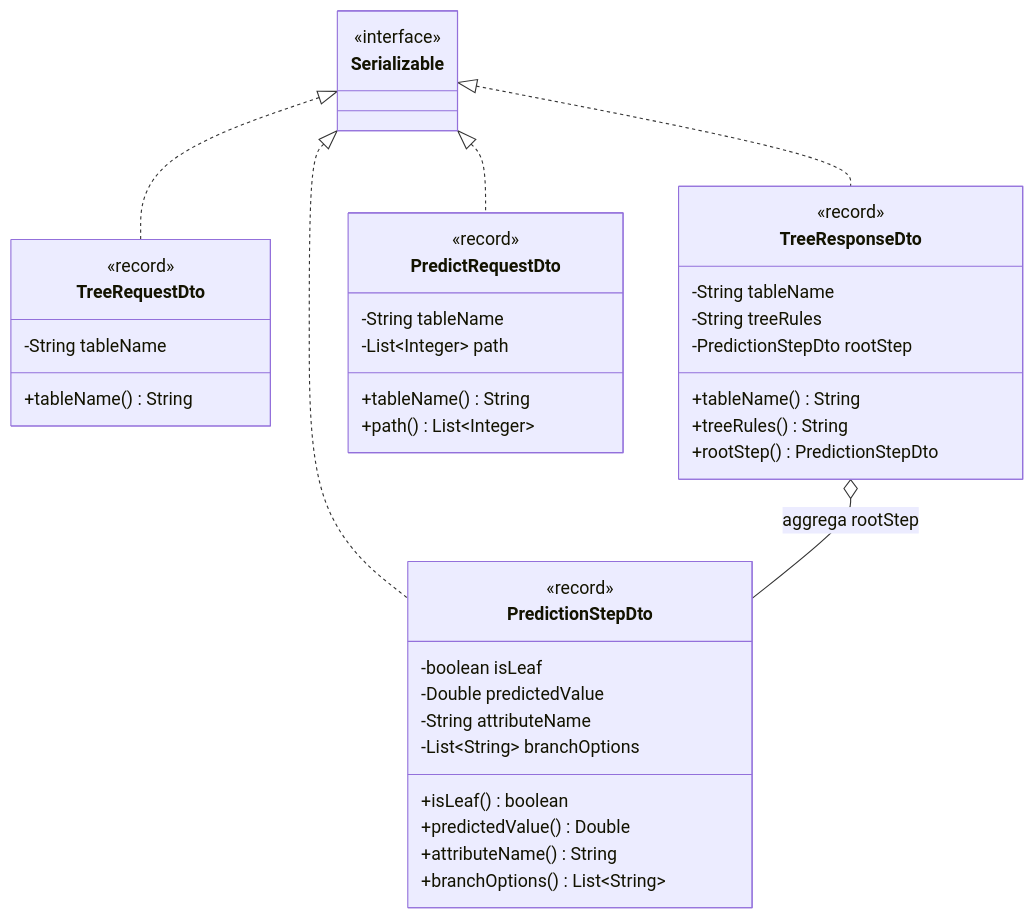
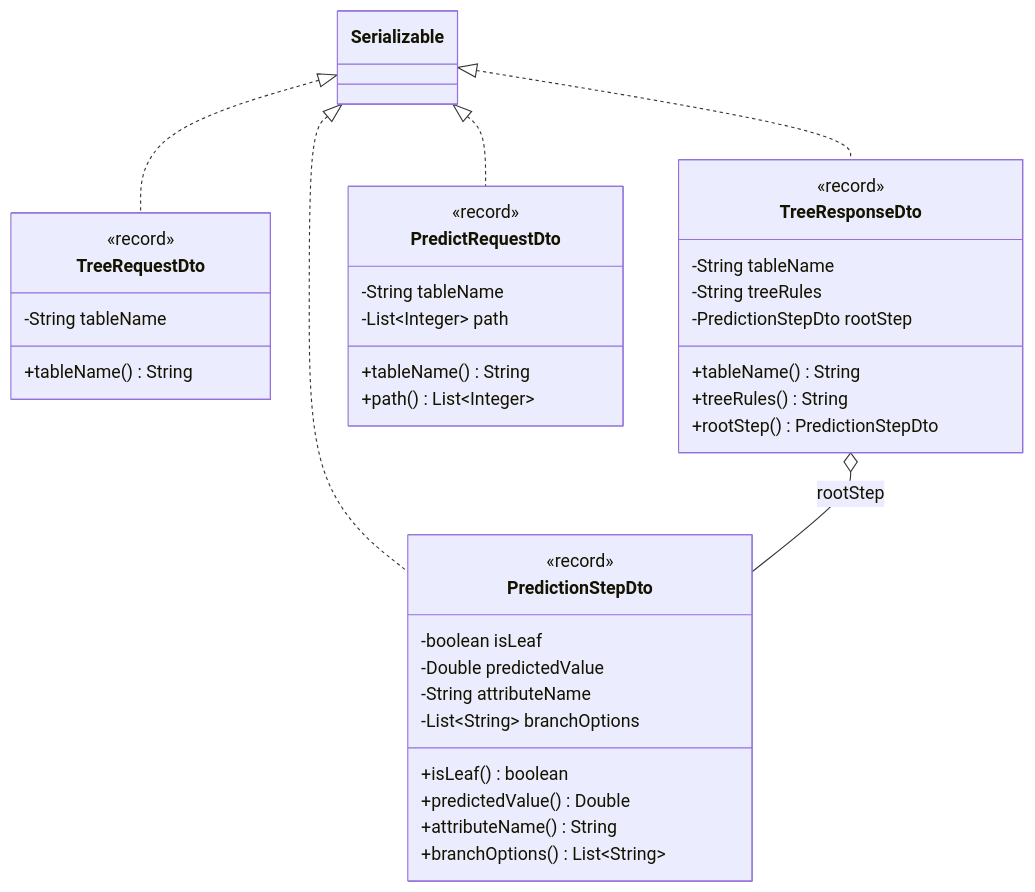
Before and after one commit to MarcoDiana/Albero_di_regressione: the sixth of 11 diagrams in docs/architettura-uml-oop.md, drawn with Mermaid. The commit also changed other lines of this file and 3 other files, not shown here.

Commit message:
docs: ottimizza architettura-uml-oop con soli diagrammi UML e rendering PDF/MD verificato

````diff
--- a/docs/architettura-uml-oop.md
+++ b/docs/architettura-uml-oop.md
@@ -886,49 +332,44 @@
 ```mermaid
 classDiagram
-    class Serializable {
-        <<interface>>
-    }
-
     class TreeRequestDto {
         <<record>>
         -String tableName
         +tableName() String
     }
 
     class PredictionStepDto {
         <<record>>
         -boolean isLeaf
         -Double predictedValue
         -String attributeName
         -List~String~ branchOptions
         +isLeaf() boolean
         +predictedValue() Double
         +attributeName() String
         +branchOptions() List~String~
     }
 
     class TreeResponseDto {
         <<record>>
         -String tableName
         -String treeRules
         -PredictionStepDto rootStep
         +tableName() String
         +treeRules() String
         +rootStep() PredictionStepDto
     }
 
     class PredictRequestDto {
         <<record>>
         -String tableName
         -List~Integer~ path
         +tableName() String
         +path() List~Integer~
     }
 
     Serializable <|.. TreeRequestDto
     Serializable <|.. PredictionStepDto
     Serializable <|.. TreeResponseDto
     Serializable <|.. PredictRequestDto
-
-    TreeResponseDto o-- PredictionStepDto : aggrega rootStep
+    TreeResponseDto o-- PredictionStepDto : rootStep
 ```
````
